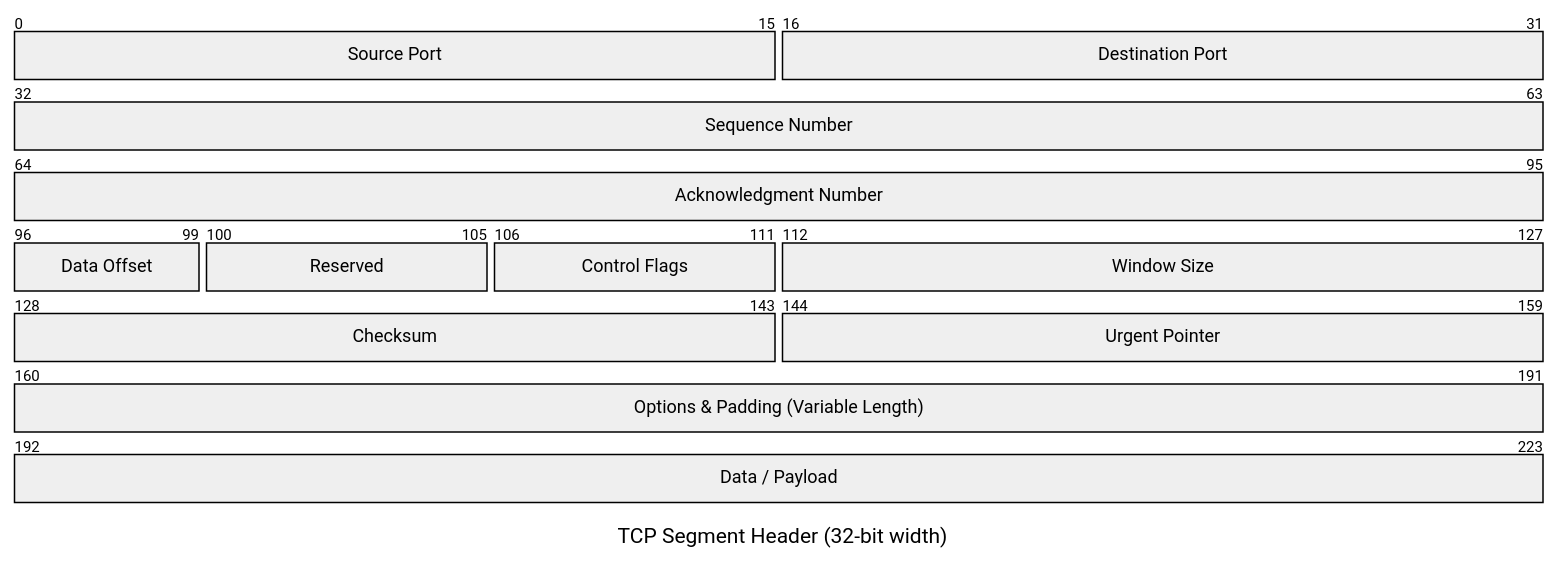
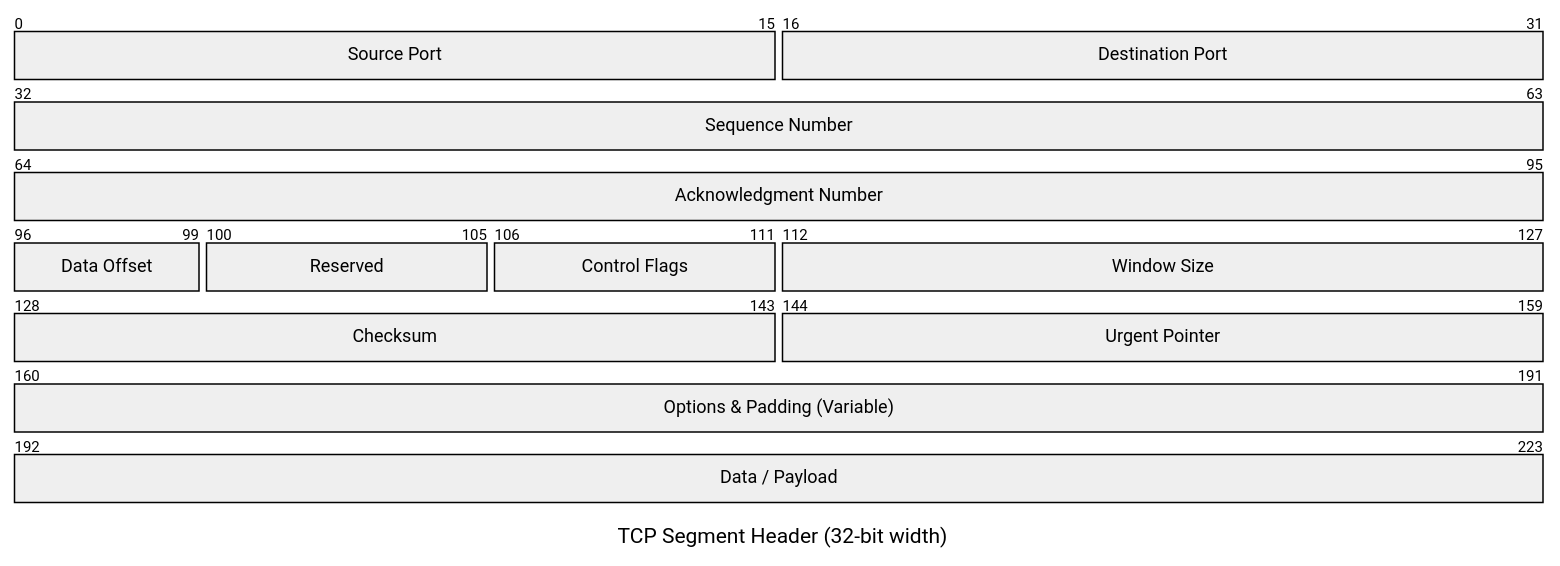
Before and after one commit to Matheus-de-Mello-Vieira/backend-knowledge: the second of 3 diagrams in Networking/02 Protocols/05 TCP.md, drawn with Mermaid.

Commit message:
Preserve TCP header diagram wording

````diff
--- a/Networking/02 Protocols/05 TCP.md
+++ b/Networking/02 Protocols/05 TCP.md
@@ -130,16 +130,16 @@
 ```mermaid
 packet-beta
 title TCP Segment Header (32-bit width)
 0-15: "Source Port"
 16-31: "Destination Port"
 32-63: "Sequence Number"
 64-95: "Acknowledgment Number"
 96-99: "Data Offset"
 100-105: "Reserved"
 106-111: "Control Flags"
 112-127: "Window Size"
 128-143: "Checksum"
 144-159: "Urgent Pointer"
-160-191: "Options & Padding (Variable Length)"
+160-191: "Options & Padding (Variable)"
 192-223: "Data / Payload"
 ```
````
